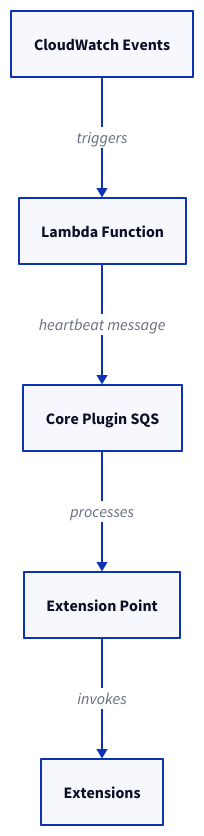
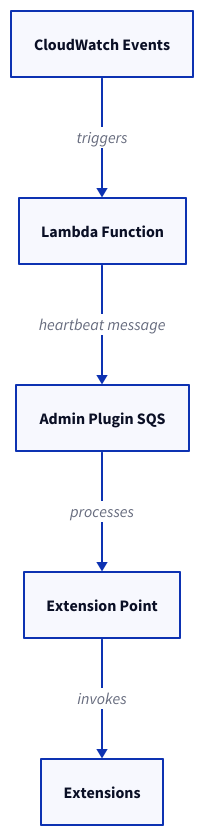
One commit to ReventlessDev/reventless-core changed the first of 3 diagrams in packages/doc/docs-app/components/heartbeat.md. Above: the diagram before and after it, drawn with D2. The commit also changed other lines of this file and 92 other files, not shown here.

````diff
--- a/packages/doc/docs-app/components/heartbeat.md
+++ b/packages/doc/docs-app/components/heartbeat.md
@@ -15,12 +15,12 @@
 ```d2
 CloudWatch: CloudWatch Events { class: aws-service }
 Lambda: Lambda Function { class: aws-service }
-CoreSQS: Core Plugin SQS { class: plugin }
+AdminSQS: Admin Plugin SQS { class: plugin }
 ExtensionPoint: Extension Point { class: extension-point }
 Extensions: Extensions { class: extension }
 
 CloudWatch -> Lambda: triggers
-Lambda -> CoreSQS: heartbeat message
-CoreSQS -> ExtensionPoint: processes
+Lambda -> AdminSQS: heartbeat message
+AdminSQS -> ExtensionPoint: processes
 ExtensionPoint -> Extensions: invokes
 ```
````
